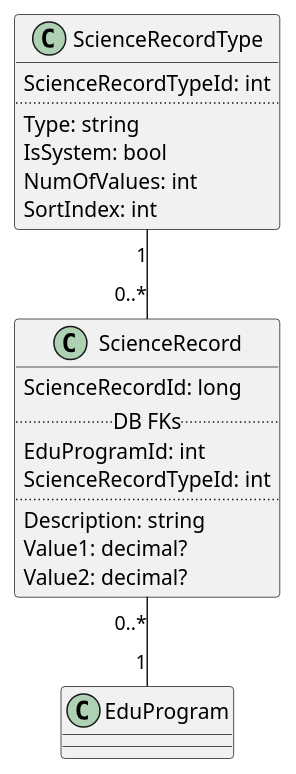
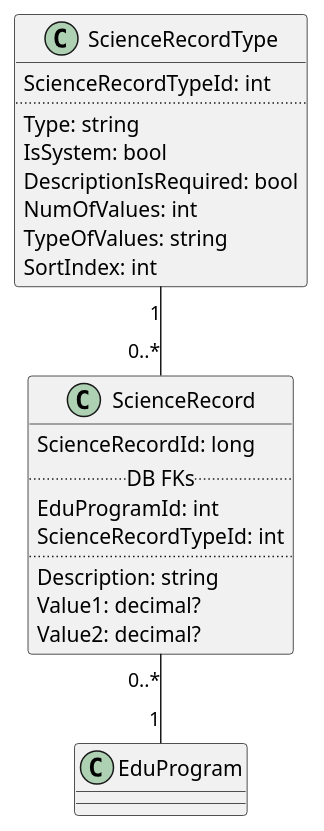
The diagram in doc/ScienceRecord.puml (r7-labs/R7.University), drawn with PlantUML before and after one commit. The commit also changed 12 other files, not shown here.

Commit message:
Introduce ScienceRecordType.TypeOfValues GH-185

```diff
--- a/doc/ScienceRecord.puml
+++ b/doc/ScienceRecord.puml
@@ -1,26 +1,28 @@
 @startuml Science Records for Edu. Program
 
 ScienceRecord "0..*" -- "1" EduProgram
 ScienceRecordType "1" -- "0..*" ScienceRecord
 
 class ScienceRecordType {
     ScienceRecordTypeId: int
     ..
     Type: string
     IsSystem: bool
+    DescriptionIsRequired: bool
     NumOfValues: int
+    TypeOfValues: string
     SortIndex: int
 }
 
 class ScienceRecord {
     ScienceRecordId: long
     .. DB FKs ..
     EduProgramId: int
     ScienceRecordTypeId: int
     ..
     Description: string
     Value1: decimal?
     Value2: decimal?
 }
 
 @enduml
```
